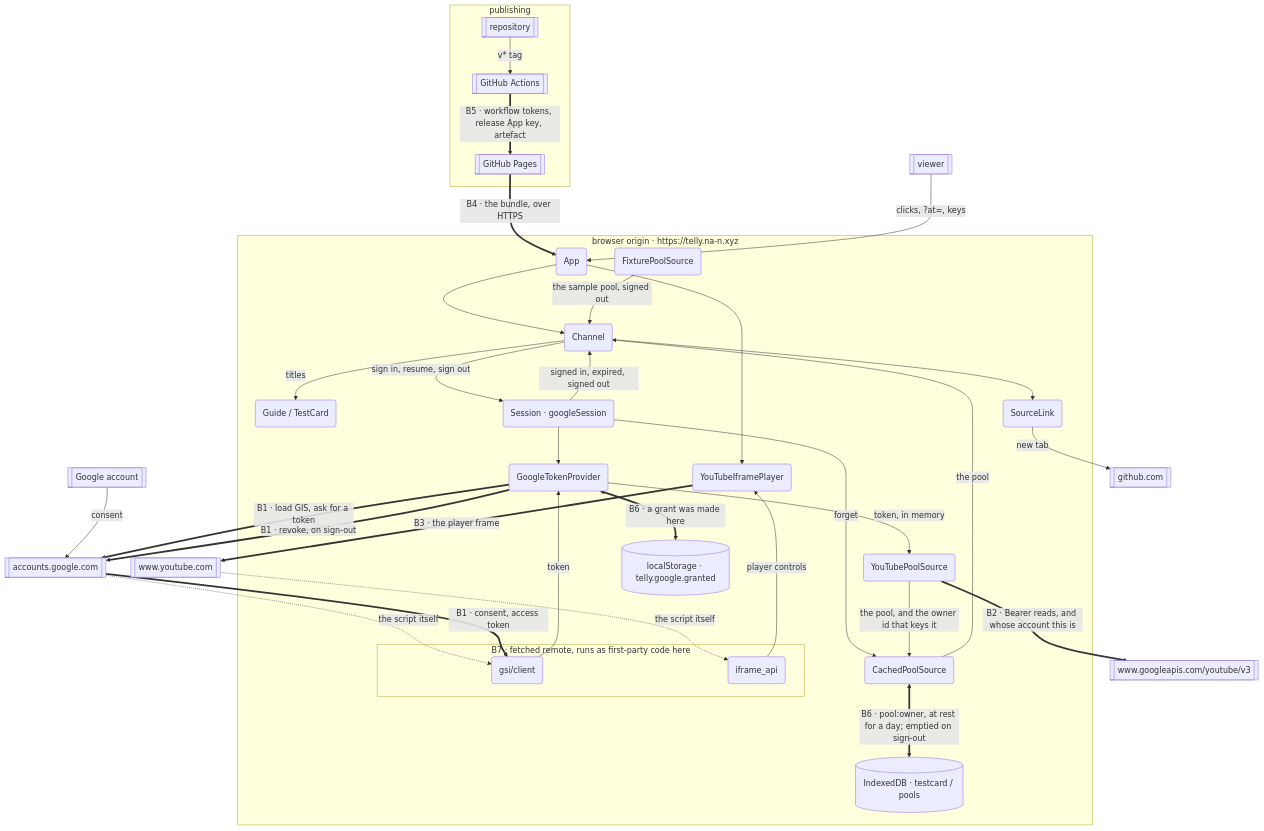
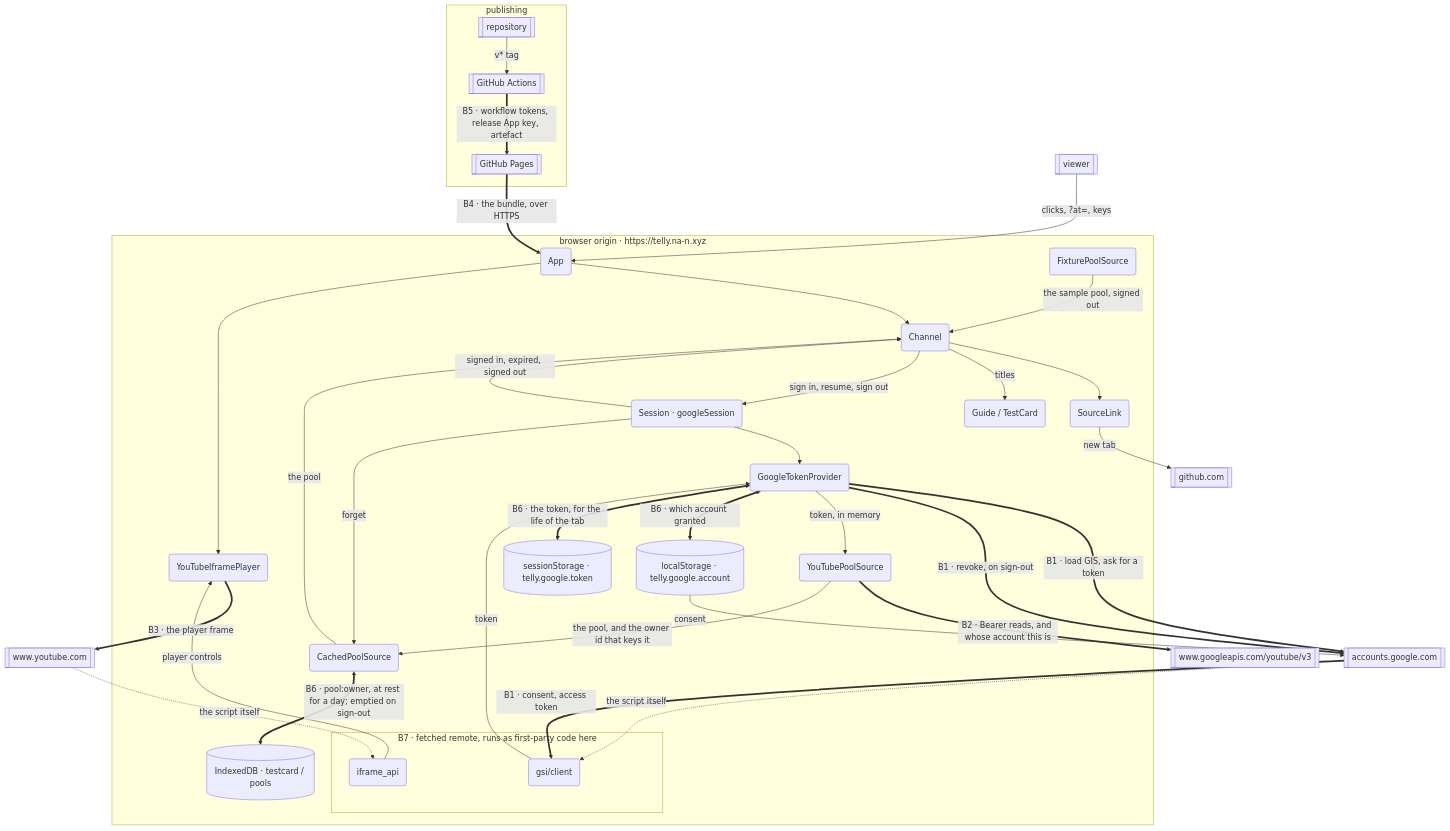
Before and after one commit to coolhandle01/telly: the diagram in docs/architecture/threat-model.md, drawn with Mermaid. The commit also changed other lines of this file and 5 other files, not shown here.

````diff
--- a/docs/architecture/threat-model.md
+++ b/docs/architecture/threat-model.md
@@ -21,69 +21,71 @@
 ```mermaid
 flowchart TB
   viewer[["viewer"]]
   account[["Google account"]]
 
   subgraph build["publishing"]
     repo[["repository"]] -->|"v* tag"| actions[["GitHub Actions"]]
     actions ==>|"B5 · workflow tokens, release App key, artefact"| pages[["GitHub Pages"]]
   end
 
   subgraph origin["browser origin · https://telly.na-n.xyz"]
     app("App")
     channel("Channel")
     guide("Guide / TestCard")
     sourcelink("SourceLink")
     session("Session · googleSession")
     provider("GoogleTokenProvider")
     ytpool("YouTubePoolSource")
     cached("CachedPoolSource")
     fixture("FixturePoolSource")
     idb[("IndexedDB · testcard / pools")]
-    grant[("localStorage · telly.google.granted")]
+    account[("localStorage · telly.google.account")]
+    token[("sessionStorage · telly.google.token")]
     player("YouTubeIframePlayer")
 
     subgraph scripts["B7 · fetched remote, runs as first-party code here"]
       gsi("gsi/client")
       ytapi("iframe_api")
     end
   end
 
   accounts[["accounts.google.com"]]
   api[["www.googleapis.com/youtube/v3"]]
   youtube[["www.youtube.com"]]
   github[["github.com"]]
 
   pages ==>|"B4 · the bundle, over HTTPS"| app
   viewer -->|"clicks, ?at=, keys"| app
   account -->|"consent"| accounts
 
   app --> channel
   app --> player
   channel --> sourcelink
   channel -->|"titles"| guide
   cached -->|"the pool"| channel
   fixture -->|"the sample pool, signed out"| channel
 
   channel -->|"sign in, resume, sign out"| session
   session -->|"signed in, expired, signed out"| channel
   session --> provider
   session -->|"forget"| cached
 
   provider ==>|"B1 · load GIS, ask for a token"| accounts
   provider ==>|"B1 · revoke, on sign-out"| accounts
   accounts -.->|"the script itself"| gsi
   accounts ==>|"B1 · consent, access token"| gsi
   gsi -->|"token"| provider
   provider -->|"token, in memory"| ytpool
-  provider <==>|"B6 · a grant was made here"| grant
+  provider <==>|"B6 · which account granted"| account
+  provider <==>|"B6 · the token, for the life of the tab"| token
 
   ytpool ==>|"B2 · Bearer reads, and whose account this is"| api
   ytpool -->|"the pool, and the owner id that keys it"| cached
   cached <==>|"B6 · pool:owner, at rest for a day; emptied on sign-out"| idb
 
   player ==>|"B3 · the player frame"| youtube
   youtube -.->|"the script itself"| ytapi
   ytapi -->|"player controls"| player
 
   sourcelink -->|"new tab"| github
 ```
````
